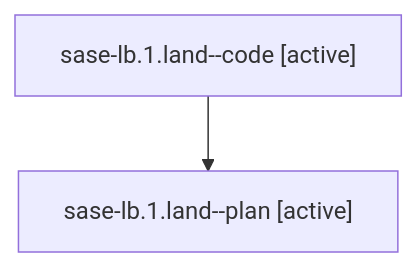
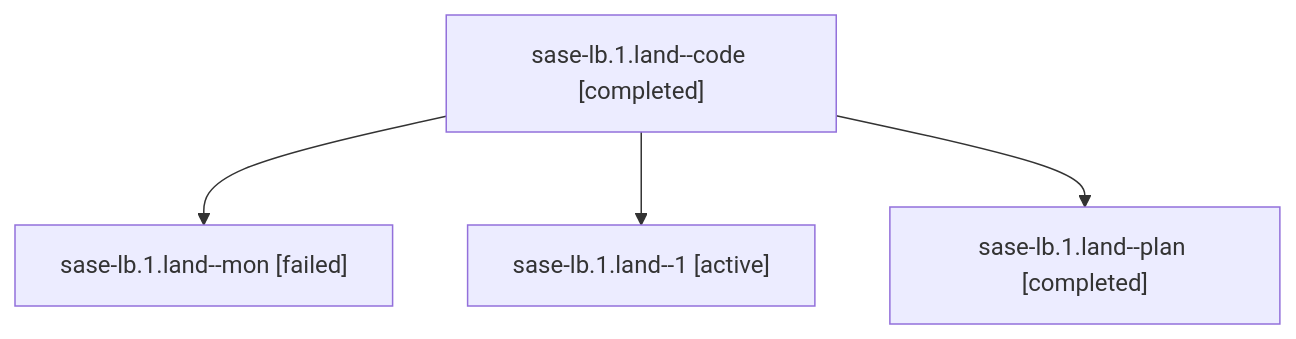
The diagram in families/bbugyi200.athena.sase-lb.1.land.md (sase-org/sase--agents), drawn with Mermaid before and after one commit. The commit also changed other lines of this file and 48 other files, not shown here.

````diff
--- a/families/bbugyi200.athena.sase-lb.1.land.md
+++ b/families/bbugyi200.athena.sase-lb.1.land.md
@@ -9,6 +9,10 @@
 ```mermaid
 flowchart TD
-  n0["sase-lb.1.land--code [active]"]
-  n1["sase-lb.1.land--plan [active]"]
+  n0["sase-lb.1.land--code [completed]"]
+  n1["sase-lb.1.land--mon [failed]"]
   n0 --> n1
+  n2["sase-lb.1.land--1 [active]"]
+  n0 --> n2
+  n3["sase-lb.1.land--plan [completed]"]
+  n0 --> n3
 ```
````
